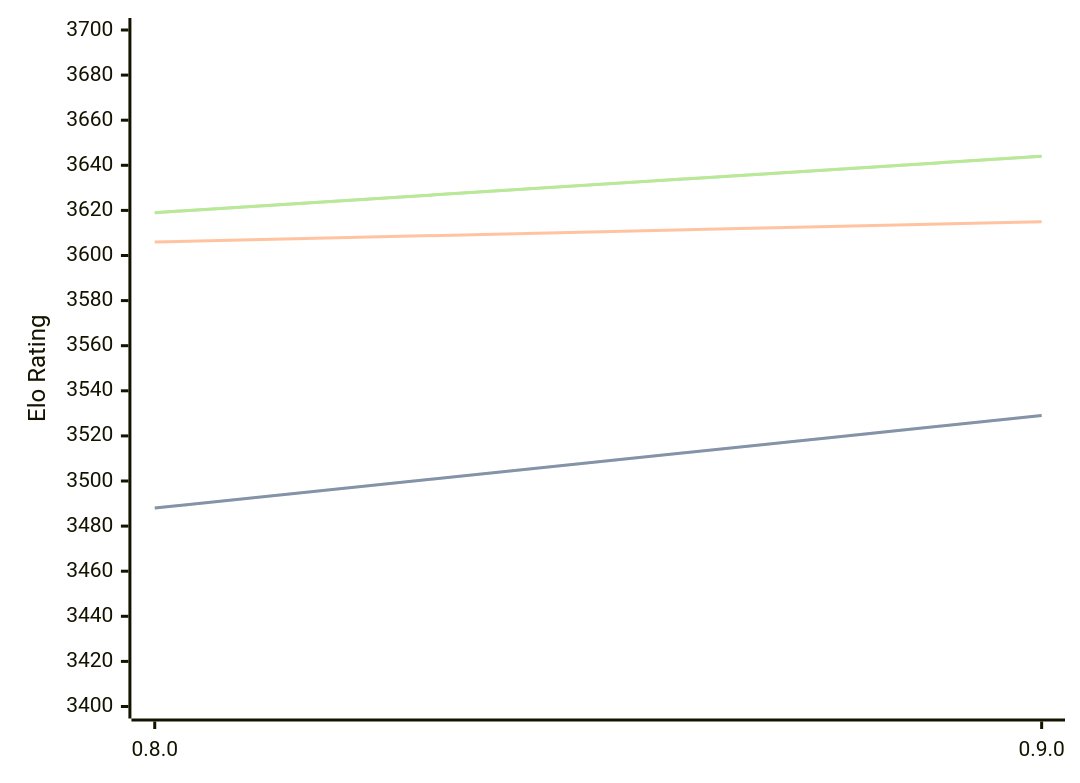
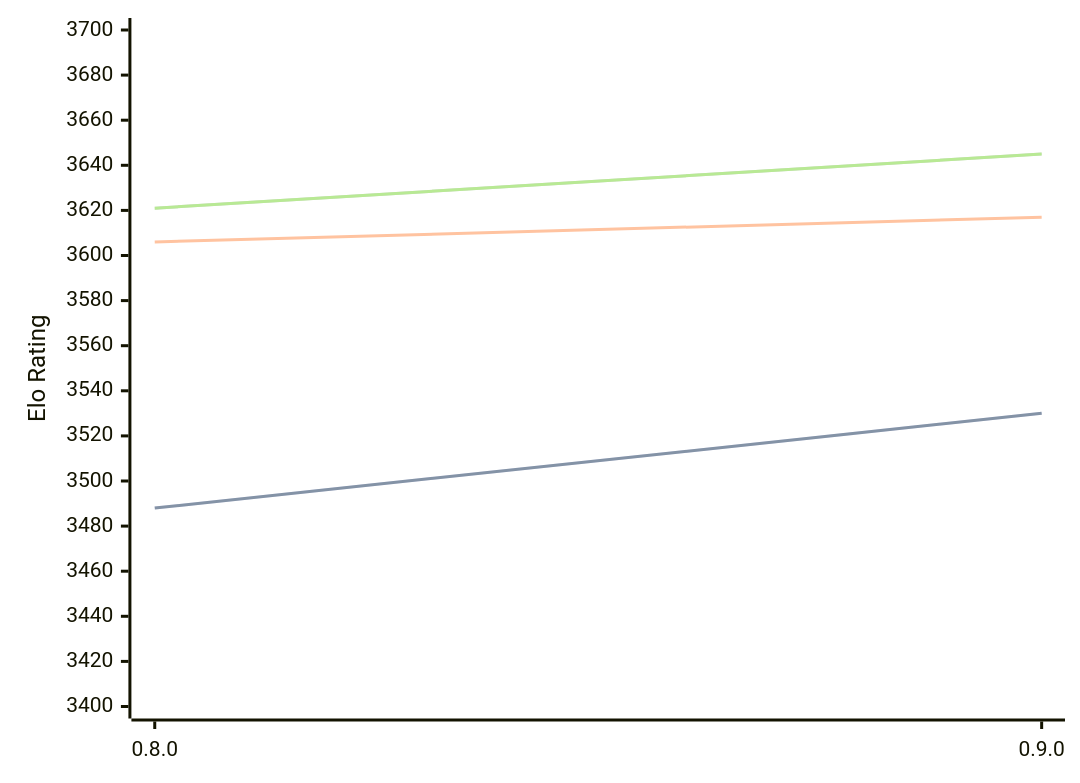
Before and after one commit to computer-chess-index/cci: the diagram in engines/Reckless.md, drawn with Mermaid. The commit also changed other lines of this file, not shown here.

Commit message:
Update CCI Ratings (ELO VLTC) - 2026-05-12

````diff
--- a/engines/Reckless.md
+++ b/engines/Reckless.md
@@ -39,11 +39,11 @@
 ```mermaid
 %%{init: {"theme":"base","themeVariables":{"seriesColors:['#a3a3a3','#222221','#faa371']}}}%%
 xychart-beta
   x-axis ["0.8.0", "0.9.0"]
   y-axis "Elo Rating" 3400 --> 3700
-  line "STC (8.0+0.08s)" [3488, 3529]
-  line "STC (8.0+0.08s)" [3488, 3529]
-  line "LTC (60.0+0.60s)" [3606, 3615]
-  line "VLTC (2m24s+1.12s)" [3619, 3644]
-  line "VLTC (2m24s+1.12s)" [3619, 3644]
+  line "STC (8.0+0.08s)" [3488, 3530]
+  line "STC (8.0+0.08s)" [3488, 3530]
+  line "LTC (60.0+0.60s)" [3606, 3617]
+  line "VLTC (2m24s+1.12s)" [3621, 3645]
+  line "VLTC (2m24s+1.12s)" [3621, 3645]
 ```
````
